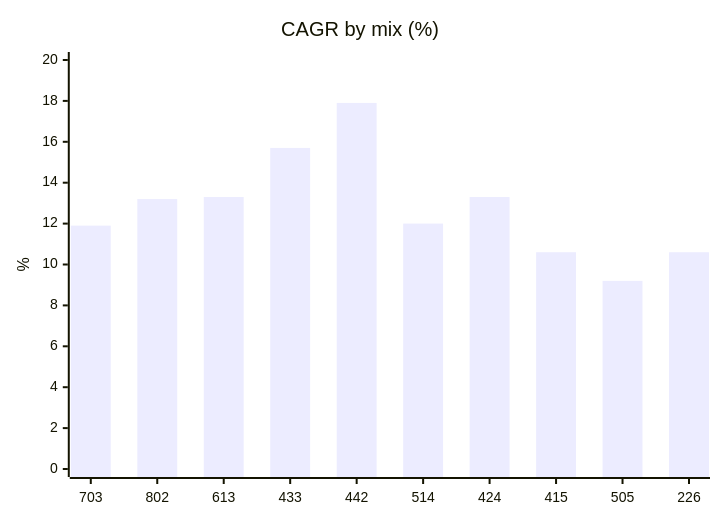
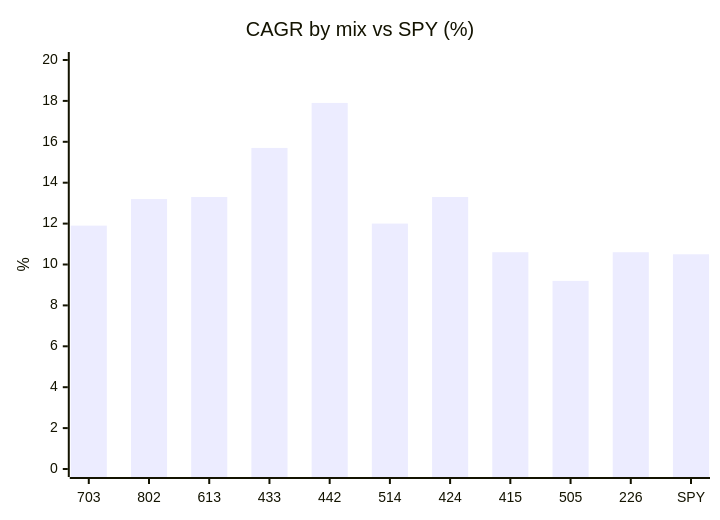
The first of 3 diagrams in docs/backtests/README.md (memoryfraction/Quant.Infra.Net), drawn with Mermaid before and after one commit. The commit also changed other lines of this file and 19 other files, not shown here.

````diff
--- a/docs/backtests/README.md
+++ b/docs/backtests/README.md
@@ -21,7 +24,7 @@
 ```mermaid
 xychart-beta
-    title "CAGR by mix (%)"
-    x-axis ["703", "802", "613", "433", "442", "514", "424", "415", "505", "226"]
+    title "CAGR by mix vs SPY (%)"
+    x-axis ["703", "802", "613", "433", "442", "514", "424", "415", "505", "226", "SPY"]
     y-axis "%" 0 --> 20
-    bar [11.9, 13.2, 13.3, 15.7, 17.9, 12.0, 13.3, 10.6, 9.2, 10.6]
+    bar [11.9, 13.2, 13.3, 15.7, 17.9, 12.0, 13.3, 10.6, 9.2, 10.6, 10.5]
 ```
````
